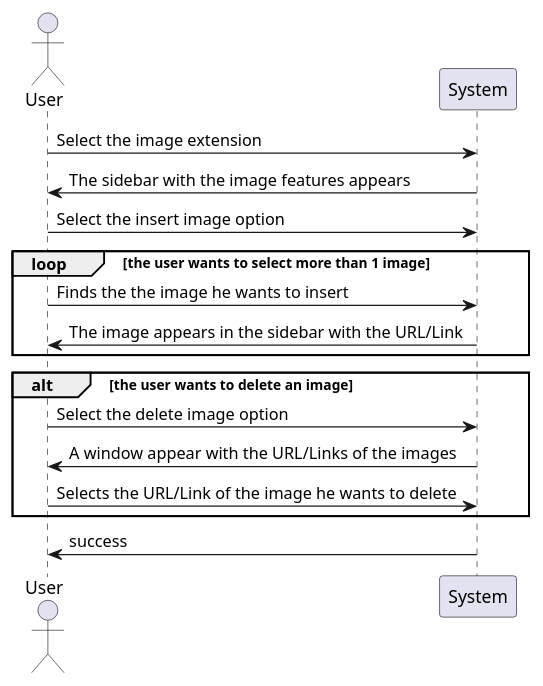
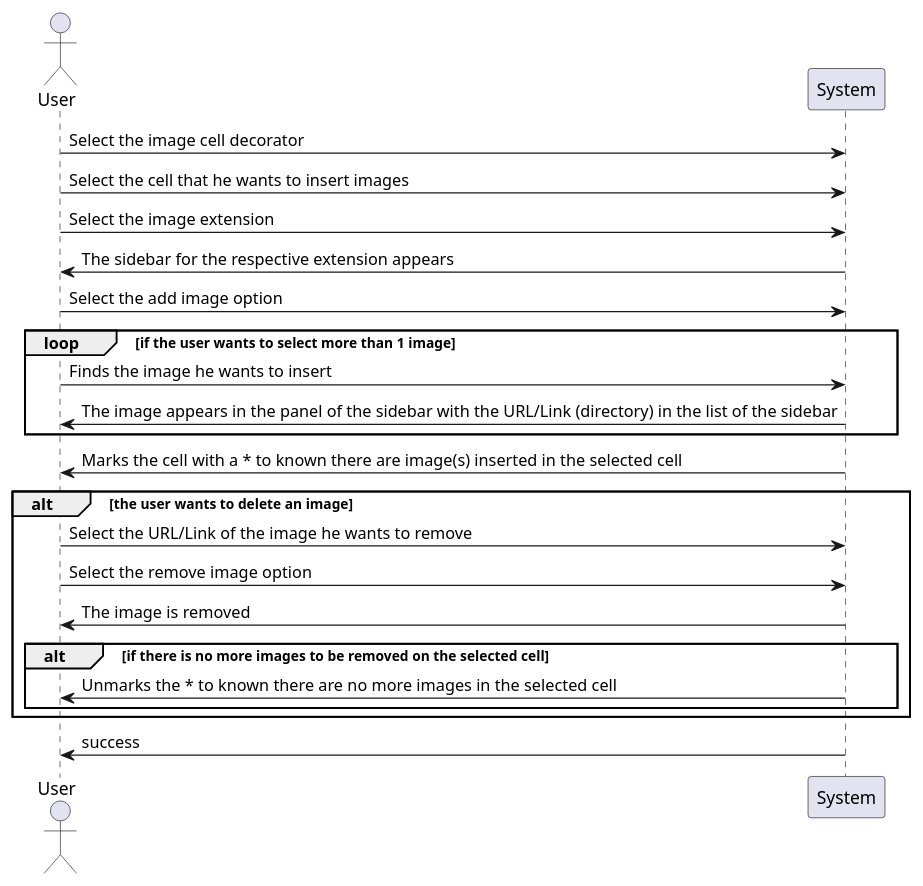
One commit to PeFerreira98/ISEP.Lic.LAPR4_2017 changed the diagram in src/main/java/lapr4/green/s2/core/n1130626/insertimage/core06.1_analysis.puml. Above: the diagram before and after it, drawn with PlantUML. The commit also changed 1 other file, not shown here.

```diff
--- a/src/main/java/lapr4/green/s2/core/n1130626/insertimage/core06.1_analysis.puml
+++ b/src/main/java/lapr4/green/s2/core/n1130626/insertimage/core06.1_analysis.puml
@@ -1,24 +1,31 @@
 @startuml core06.1_analysis.png
 
 actor User
 
 participant "System" as s
 
+User->s: Select the image cell decorator
+User->s: Select the cell that he wants to insert images
 User->s: Select the image extension
-s->User: The sidebar with the image features appears
-User->s: Select the insert image option
+s->User: The sidebar for the respective extension appears
+User->s: Select the add image option
 
-loop the user wants to select more than 1 image
-User->s: Finds the the image he wants to insert
-s->User: The image appears in the sidebar with the URL/Link
+loop if the user wants to select more than 1 image
+User->s: Finds the image he wants to insert
+s->User: The image appears in the panel of the sidebar with the URL/Link (directory) in the list of the sidebar
 end
 
+s->User: Marks the cell with a * to known there are image(s) inserted in the selected cell
+
 alt the user wants to delete an image
-User->s: Select the delete image option
-s->User: A window appear with the URL/Links of the images
-User->s: Selects the URL/Link of the image he wants to delete
+User->s: Select the URL/Link of the image he wants to remove
+User->s: Select the remove image option
+s->User: The image is removed
+alt if there is no more images to be removed on the selected cell
+s->User: Unmarks the * to known there are no more images in the selected cell
+end
 end
 
 s->User: success
 
 @enduml
```
